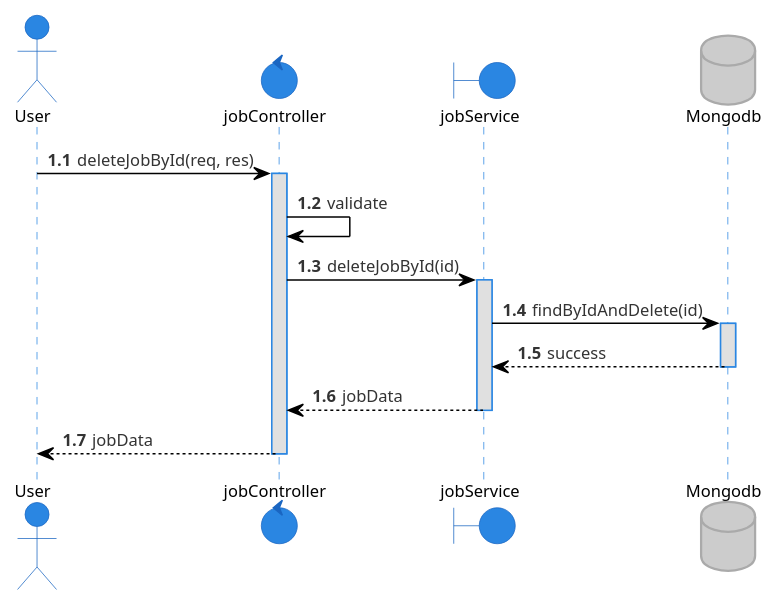
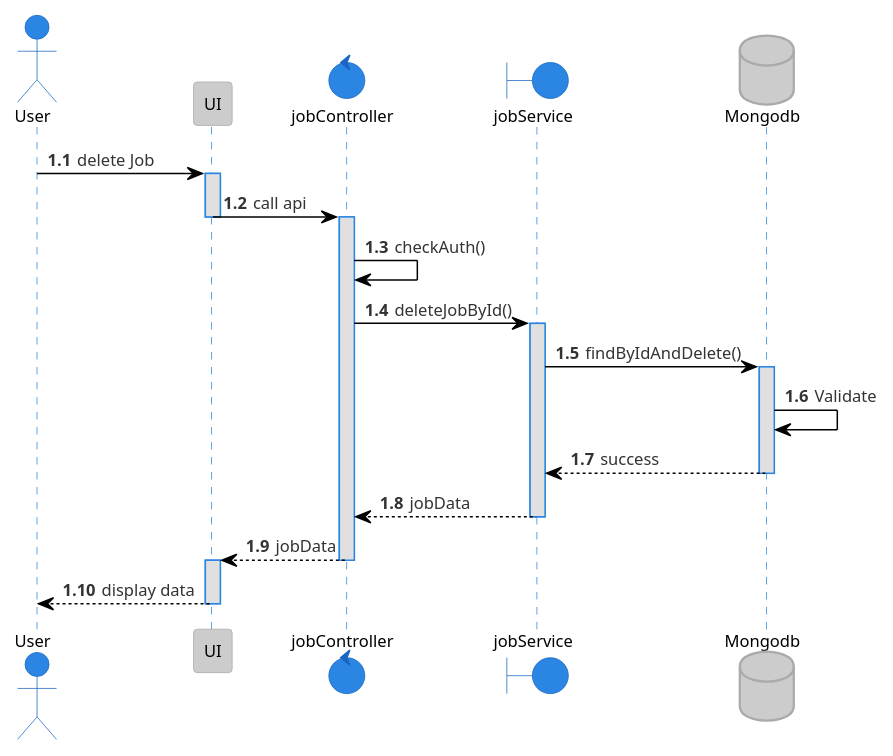
Before and after one commit to tuannm99/RMS: the diagram in plantuml/sequence/job/deleteJob.puml, drawn with PlantUML. The commit also changed 9 other files, not shown here.

Commit message:
fix - sequence diagram job and user

```diff
--- a/plantuml/sequence/job/deleteJob.puml
+++ b/plantuml/sequence/job/deleteJob.puml
@@ -1,24 +1,32 @@
 @startuml deleteJob
 !theme reddress-lightblue
 
 autonumber 1.1
 actor User
+participant UI
 control  jobController
 boundary jobService
 database Mongodb
 
-User -> jobController: deleteJobById(req, res)
+User -> UI: delete Job
+activate UI
+UI -> jobController: call api
+deactivate UI
 activate jobController
-jobController -> jobController: validate
-jobController -> jobService: deleteJobById(id)
+jobController -> jobController: checkAuth()
+jobController -> jobService: deleteJobById()
 activate jobService
-jobService -> Mongodb: findByIdAndDelete(id)
+jobService -> Mongodb: findByIdAndDelete()
 activate Mongodb
+Mongodb -> Mongodb: Validate
 Mongodb --> jobService: success
 deactivate Mongodb
 jobService --> jobController: jobData
 deactivate jobService
-jobController --> User: jobData
+jobController --> UI: jobData
 deactivate jobController
+activate UI
+UI --> User: display data
+deactivate UI
 
 @enduml
```
